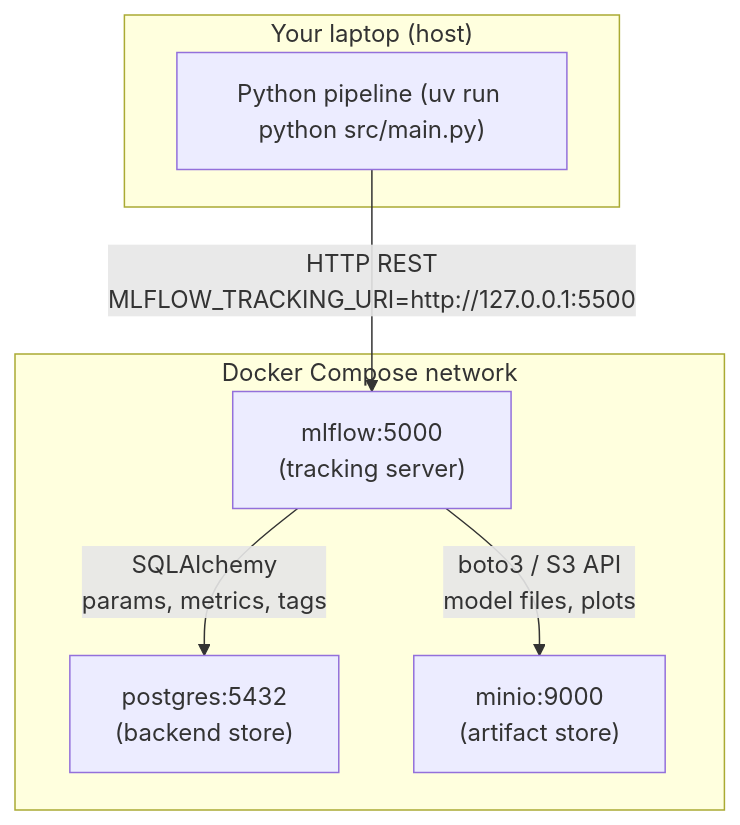
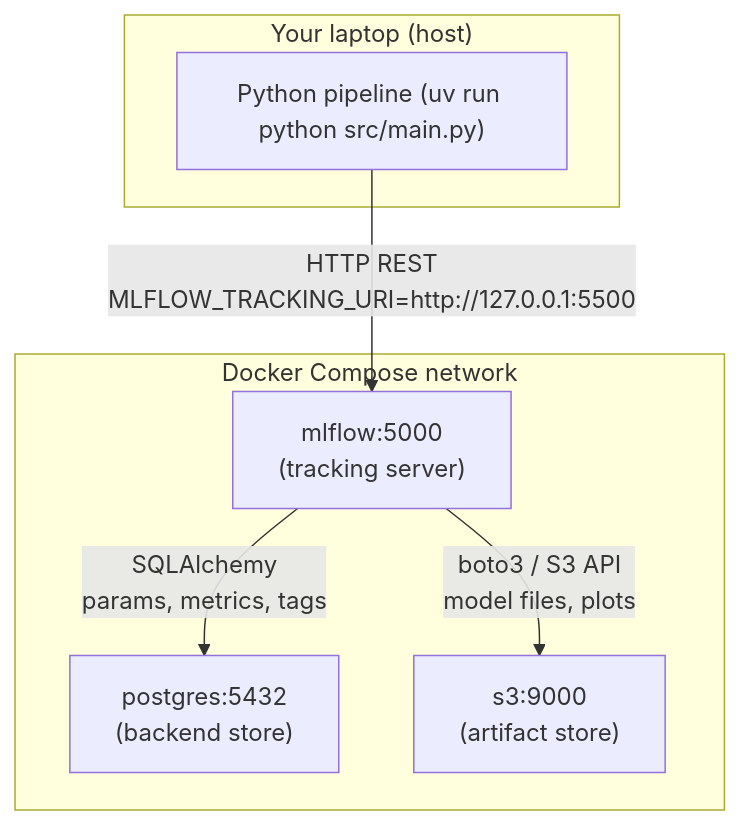
Before and after one commit to Fava00/mlops-course: the fifth of 7 diagrams in lectures/week-02-reproducible-runtimes/slides.md, drawn with Mermaid. The commit also changed other lines of this file and 53 other files, not shown here.

````diff
--- a/lectures/week-02-reproducible-runtimes/slides.md
+++ b/lectures/week-02-reproducible-runtimes/slides.md
@@ -350,16 +357,16 @@
 ```mermaid {scale: 0.8}
 graph TD
     subgraph "Your laptop (host)"
         CLI["Python pipeline (uv run python src/main.py)"]
     end
 
     subgraph "Docker Compose network"
         MLF["mlflow:5000\n(tracking server)"]
         PG["postgres:5432\n(backend store)"]
-        MINIO["minio:9000\n(artifact store)"]
+        MINIO["s3:9000\n(artifact store)"]
     end
 
     CLI -->|"HTTP REST\nMLFLOW_TRACKING_URI=http://127.0.0.1:5500"| MLF
     MLF -->|"SQLAlchemy\nparams, metrics, tags"| PG
     MLF -->|"boto3 / S3 API\nmodel files, plots"| MINIO
 ```
````
